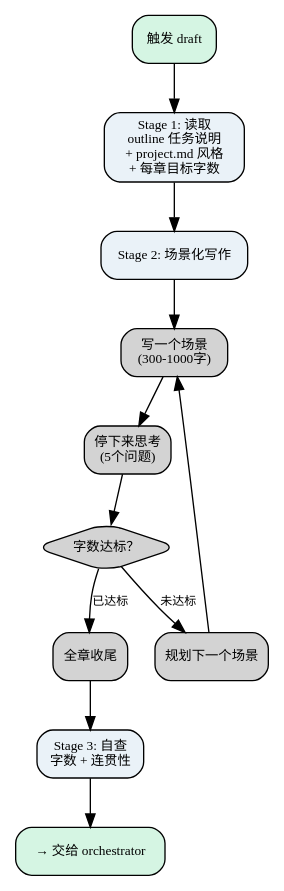
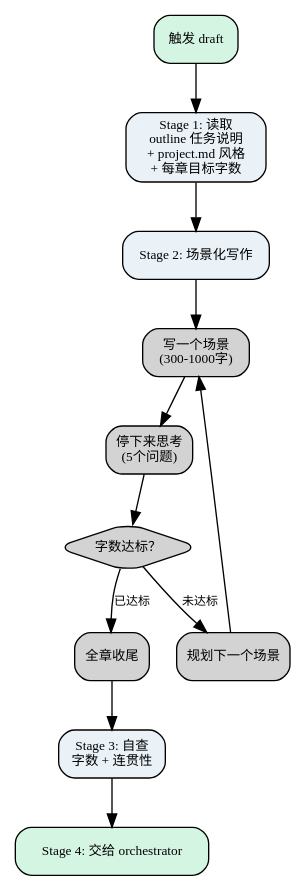
One commit to ZhangDongyang800/novel-flow-one-by-one- changed the diagram in skills/novel-draft/SKILL.md. Above: the diagram before and after it, drawn with Graphviz. The commit also changed 11 other files, not shown here.

````diff
--- a/skills/novel-draft/SKILL.md
+++ b/skills/novel-draft/SKILL.md
@@ -64,25 +64,25 @@
 ```dot
 digraph draft {
     rankdir=TB;
     node [shape=box, style="rounded,filled", fontsize=10];
     edge [fontsize=9];
 
     start [label="触发 draft", fillcolor="#d5f5e3"];
     read [label="Stage 1: 读取\noutline 任务说明\n+ project.md 风格\n+ 每章目标字数", fillcolor="#eaf2f8"];
     stage2 [label="Stage 2: 场景化写作", fillcolor="#eaf2f8"];
     scene [label="写一个场景\n(300-1000字)"];
     think [label="停下来思考\n(5个问题)"];
     check [label="字数达标？", shape=diamond];
     next [label="规划下一个场景"];
     finish [label="全章收尾"];
     check2 [label="Stage 3: 自查\n字数 + 连贯性", fillcolor="#eaf2f8"];
-    handoff [label="→ 交给 orchestrator", fillcolor="#d5f5e3"];
+    handoff [label="Stage 4: 交给 orchestrator", fillcolor="#d5f5e3"];
 
     start -> read -> stage2;
     stage2 -> scene -> think -> check;
     check -> next [label="未达标"];
     check -> finish [label="已达标"];
     next -> scene;
     finish -> check2 -> handoff;
 }
 ```
````
